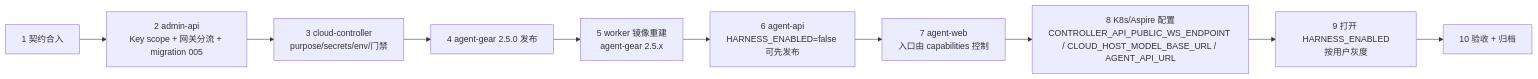
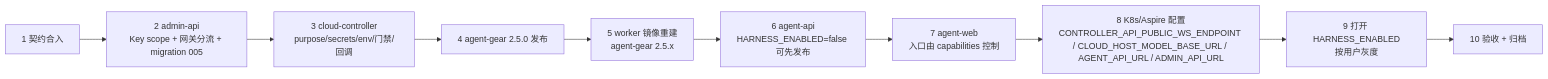
One commit to Deliay/z-agent-gear changed the eighth of 8 diagrams in docs/engineering/plan/20261020-feat-container-harness-support.md. Above: the diagram before and after it, drawn with Mermaid. The commit also changed other lines of this file and 1 other file, not shown here.

````diff
--- a/docs/engineering/plan/20261020-feat-container-harness-support.md
+++ b/docs/engineering/plan/20261020-feat-container-harness-support.md
@@ -807,12 +920,12 @@
 ```mermaid
 flowchart LR
     A[1 契约合入] --> B[2 admin-api<br/>Key scope + 网关分流 + migration 005]
-    B --> C[3 cloud-controller<br/>purpose/secrets/env/门禁]
+    B --> C[3 cloud-controller<br/>purpose/secrets/env/门禁/回调]
     C --> D[4 agent-gear 2.5.0 发布]
     D --> E[5 worker 镜像重建<br/>agent-gear 2.5.x]
     E --> F[6 agent-api<br/>HARNESS_ENABLED=false 可先发布]
     F --> G[7 agent-web<br/>入口由 capabilities 控制]
-    G --> H[8 K8s/Aspire 配置<br/>CONTROLLER_API_PUBLIC_WS_ENDPOINT / CLOUD_HOST_MODEL_BASE_URL / AGENT_API_URL]
+    G --> H[8 K8s/Aspire 配置<br/>CONTROLLER_API_PUBLIC_WS_ENDPOINT / CLOUD_HOST_MODEL_BASE_URL / AGENT_API_URL / ADMIN_API_URL]
     H --> I[9 打开 HARNESS_ENABLED<br/>按用户灰度]
     I --> J[10 验收 + 归档]
 ```
````
